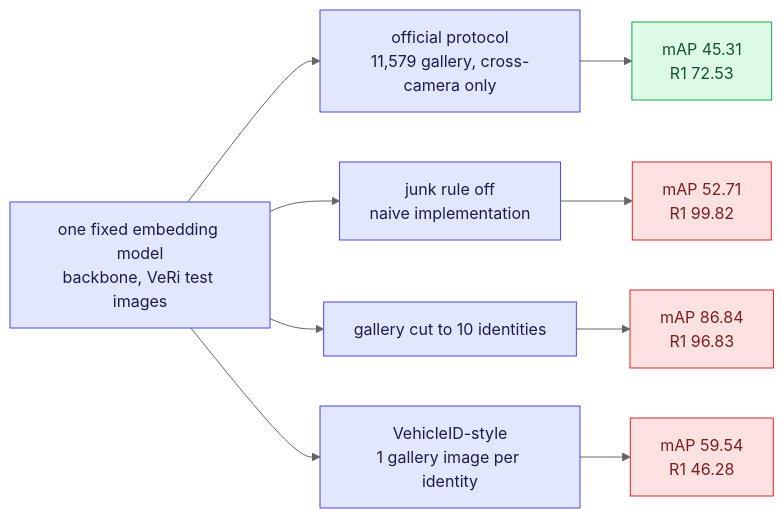
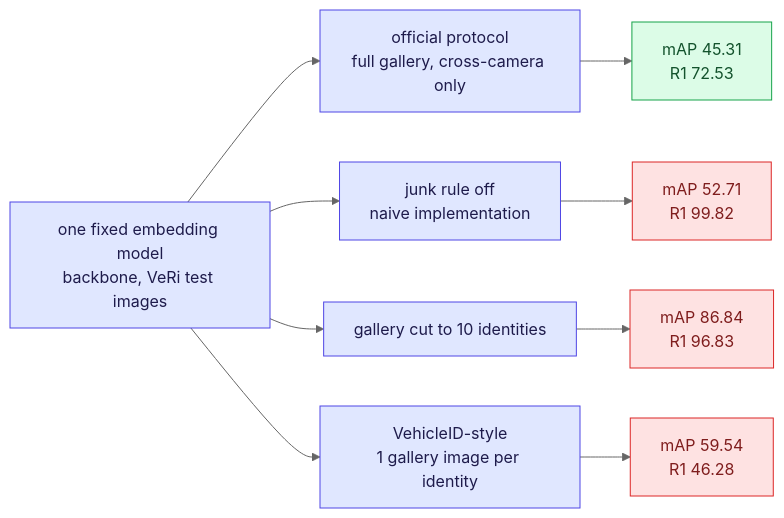
Before and after one commit to karolmajek/torment-nexus: the ninth of 11 diagrams in docs/gallery-and-evaluation-kb.md, drawn with Mermaid (neutral theme). The commit also changed other lines of this file and 29 other files, not shown here.

````diff
--- a/docs/gallery-and-evaluation-kb.md
+++ b/docs/gallery-and-evaluation-kb.md
@@ -345,19 +349,19 @@
 ```mermaid
 flowchart LR
     E["one fixed embedding model<br/>backbone, VeRi test images"]
-    E --> P1["official protocol<br/>11,579 gallery, cross-camera only"]
+    E --> P1["official protocol<br/>full gallery, cross-camera only"]
     E --> P2["junk rule off<br/>naive implementation"]
     E --> P3["gallery cut to 10 identities"]
     E --> P4["VehicleID-style<br/>1 gallery image per identity"]
     P1 --> N1["mAP 45.31<br/>R1 72.53"]
     P2 --> N2["mAP 52.71<br/>R1 99.82"]
     P3 --> N3["mAP 86.84<br/>R1 96.83"]
     P4 --> N4["mAP 59.54<br/>R1 46.28"]
 
     classDef m fill:#e0e7ff,stroke:#4f46e5,color:#1e1b4b
     classDef ok fill:#dcfce7,stroke:#16a34a,color:#14532d
     classDef bad fill:#fee2e2,stroke:#dc2626,color:#7f1d1d
     class E,P1,P2,P3,P4 m
     class N1 ok
     class N2,N3,N4 bad
 ```
````
